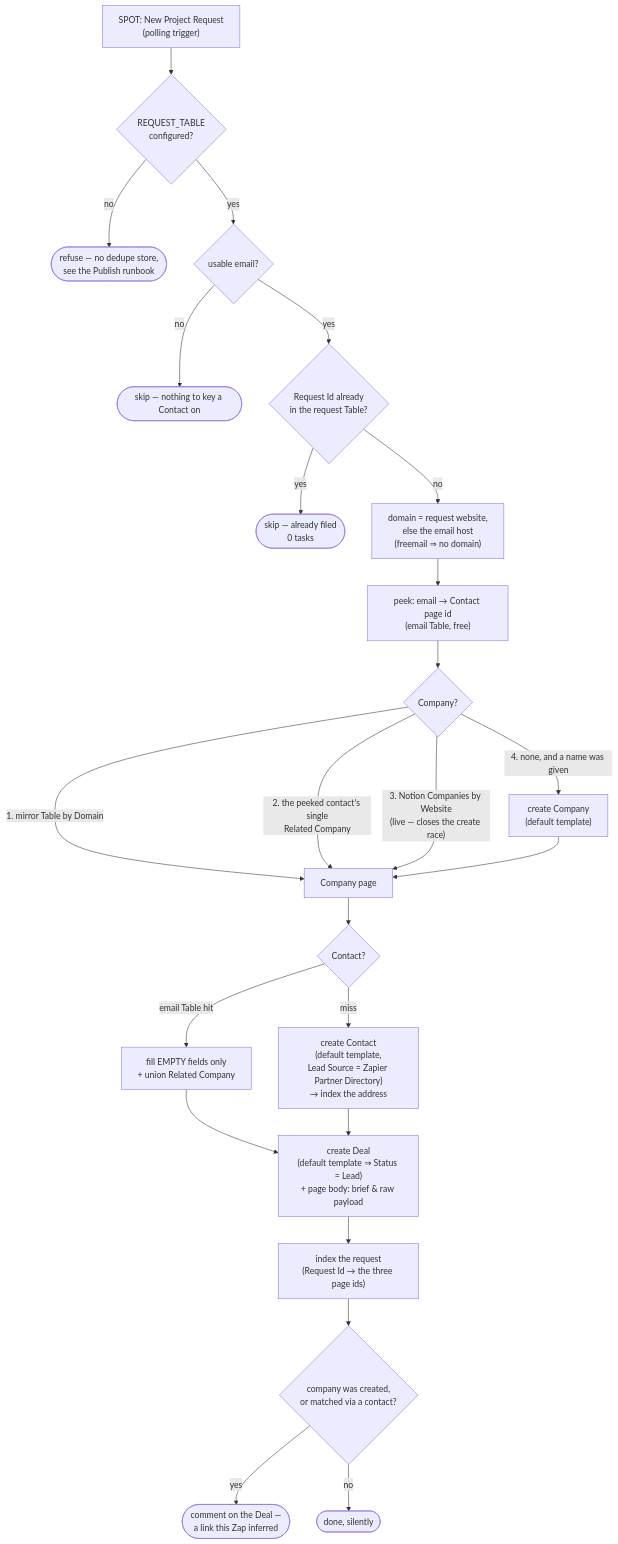
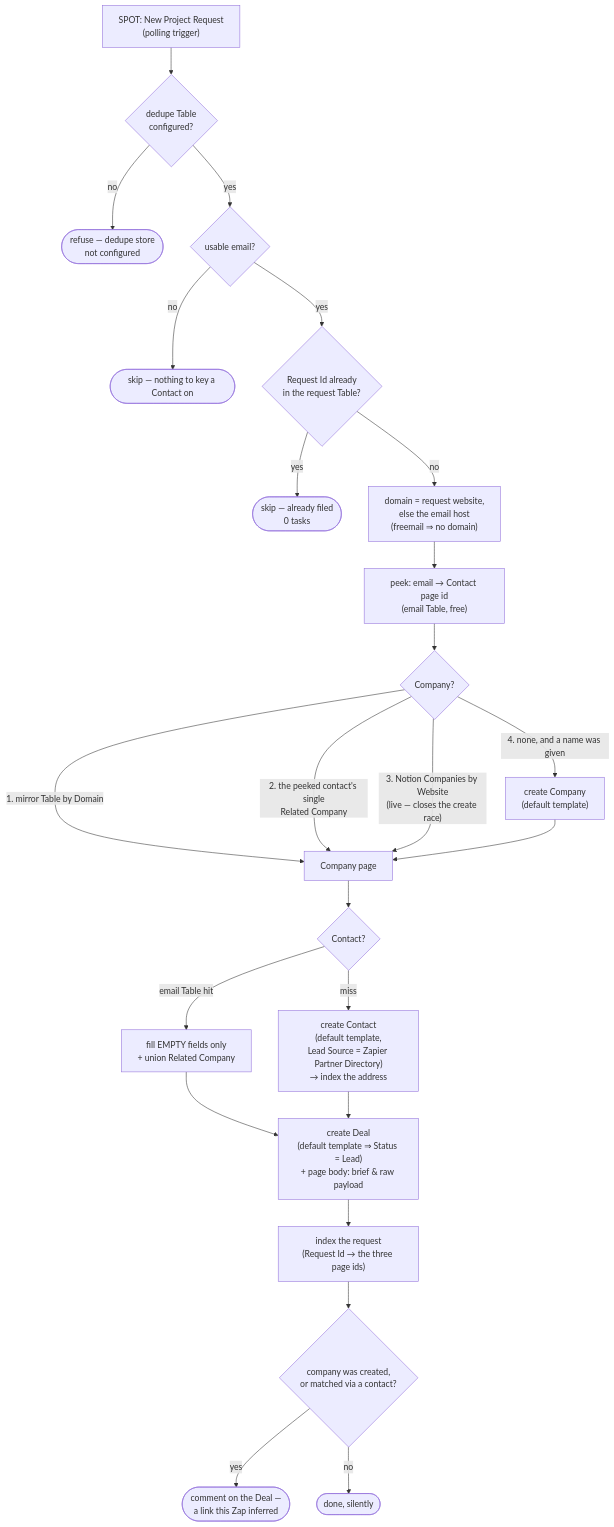
The diagram in spot-project-request-to-notion/README.md (work-flowers/zapier-sdk), drawn with Mermaid before and after one commit. The commit also changed other lines of this file and 3 other files, not shown here.

````diff
--- a/spot-project-request-to-notion/README.md
+++ b/spot-project-request-to-notion/README.md
@@ -72,26 +82,26 @@
 ```mermaid
 flowchart TD
-    A["SPOT: New Project Request<br/>(polling trigger)"] --> B{"REQUEST_TABLE<br/>configured?"}
-    B -- no --> B0(["refuse — no dedupe store,<br/>see the Publish runbook"])
+    A["SPOT: New Project Request<br/>(polling trigger)"] --> B{"dedupe Table<br/>configured?"}
+    B -- no --> B0(["refuse — dedupe store<br/>not configured"])
     B -- yes --> C{"usable email?"}
     C -- no --> C0(["skip — nothing to key a Contact on"])
     C -- yes --> D{"Request Id already<br/>in the request Table?"}
     D -- yes --> D0(["skip — already filed<br/>0 tasks"])
     D -- no --> E["domain = request website,<br/>else the email host<br/>(freemail ⇒ no domain)"]
     E --> F["peek: email → Contact page id<br/>(email Table, free)"]
     F --> G{"Company?"}
     G -- "1. mirror Table by Domain" --> P
     G -- "2. the peeked contact's single<br/>Related Company" --> P
     G -- "3. Notion Companies by Website<br/>(live — closes the create race)" --> P
     G -- "4. none, and a name was given" --> H["create Company<br/>(default template)"] --> P
     P["Company page"] --> Q{"Contact?"}
     Q -- "email Table hit" --> R["fill EMPTY fields only<br/>+ union Related Company"]
     Q -- miss --> S["create Contact<br/>(default template,<br/>Lead Source = Zapier Partner Directory)<br/>→ index the address"]
     R --> T
     S --> T
     T["create Deal<br/>(default template ⇒ Status = Lead)<br/>+ page body: brief & raw payload"]
     T --> U["index the request<br/>(Request Id → the three page ids)"]
     U --> V{"company was created,<br/>or matched via a contact?"}
     V -- yes --> W(["comment on the Deal —<br/>a link this Zap inferred"])
     V -- no --> X(["done, silently"])
 ```
````
